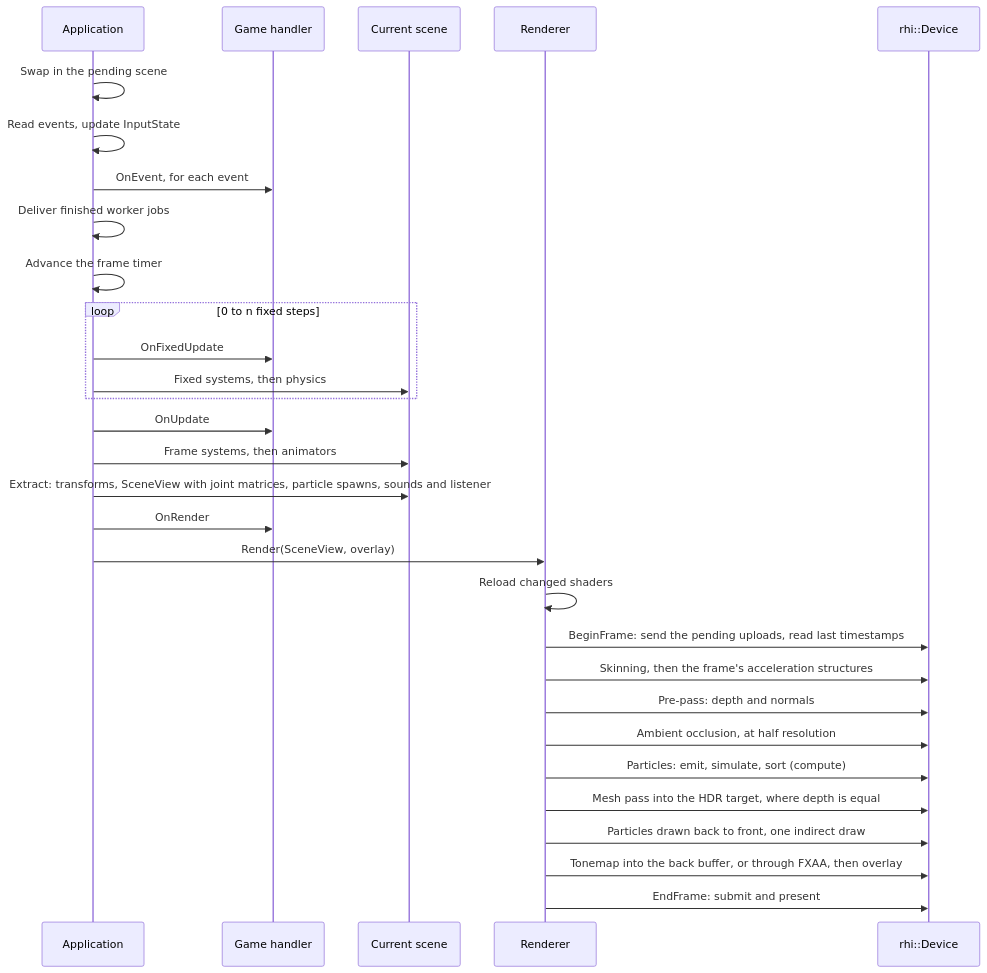
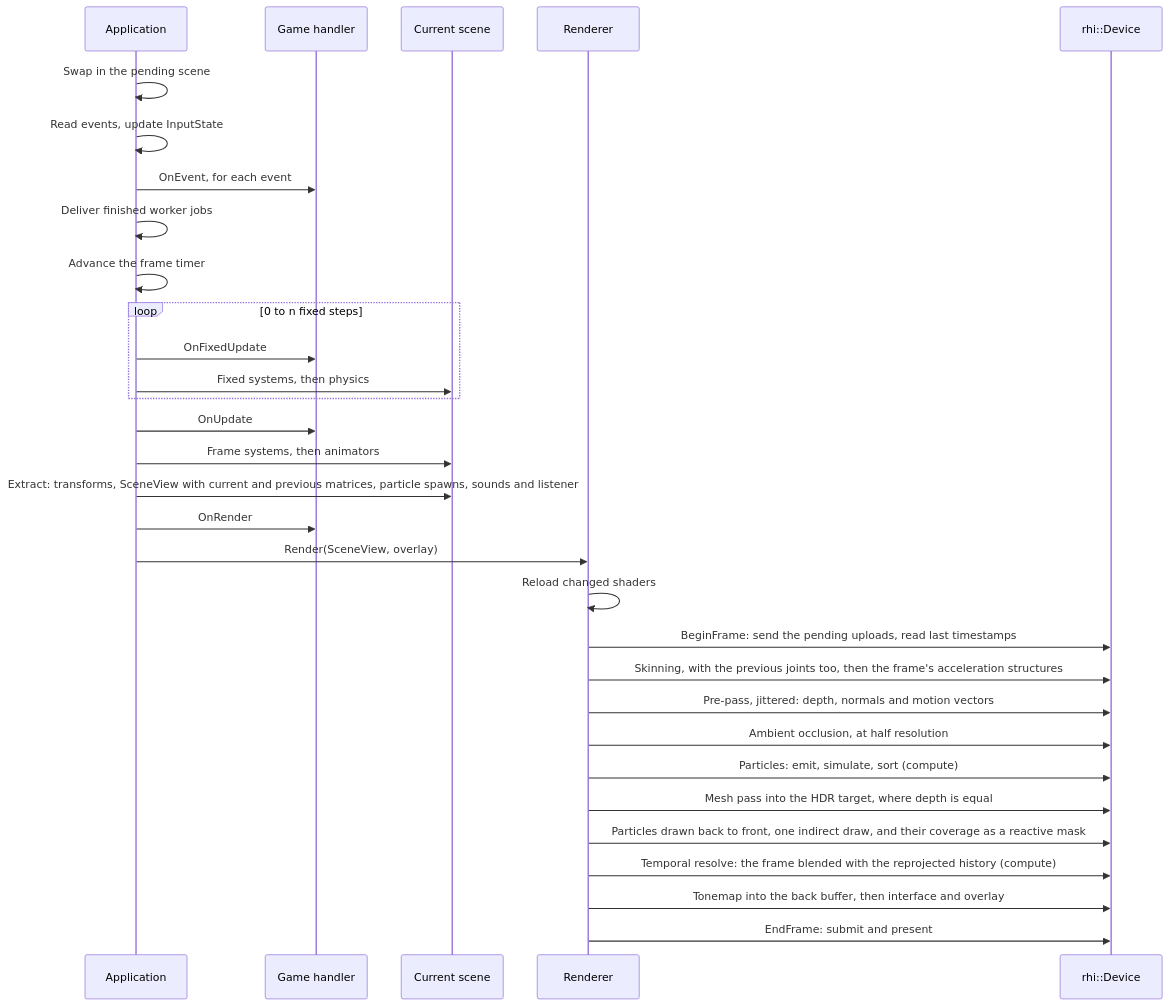
Before and after one commit to SBXdev3D/daidalos-engine-next: the third of 12 diagrams in docs/ARCHITECTURE.md, drawn with Mermaid. The commit also changed other lines of this file and 57 other files, not shown here.

````diff
--- a/docs/ARCHITECTURE.md
+++ b/docs/ARCHITECTURE.md
@@ -67,33 +67,34 @@
 ```mermaid
 sequenceDiagram
     participant A as Application
     participant G as Game handler
     participant S as Current scene
     participant R as Renderer
     participant D as rhi::Device
 
     A->>A: Swap in the pending scene
     A->>A: Read events, update InputState
     A->>G: OnEvent, for each event
     A->>A: Deliver finished worker jobs
     A->>A: Advance the frame timer
     loop 0 to n fixed steps
         A->>G: OnFixedUpdate
         A->>S: Fixed systems, then physics
     end
     A->>G: OnUpdate
     A->>S: Frame systems, then animators
-    A->>S: Extract: transforms, SceneView with joint matrices, particle spawns, sounds and listener
+    A->>S: Extract: transforms, SceneView with current and previous matrices, particle spawns, sounds and listener
     A->>G: OnRender
     A->>R: Render(SceneView, overlay)
     R->>R: Reload changed shaders
     R->>D: BeginFrame: send the pending uploads, read last timestamps
-    R->>D: Skinning, then the frame's acceleration structures
-    R->>D: Pre-pass: depth and normals
+    R->>D: Skinning, with the previous joints too, then the frame's acceleration structures
+    R->>D: Pre-pass, jittered: depth, normals and motion vectors
     R->>D: Ambient occlusion, at half resolution
     R->>D: Particles: emit, simulate, sort (compute)
     R->>D: Mesh pass into the HDR target, where depth is equal
-    R->>D: Particles drawn back to front, one indirect draw
-    R->>D: Tonemap into the back buffer, or through FXAA, then overlay
+    R->>D: Particles drawn back to front, one indirect draw, and their coverage as a reactive mask
+    R->>D: Temporal resolve: the frame blended with the reprojected history (compute)
+    R->>D: Tonemap into the back buffer, then interface and overlay
     R->>D: EndFrame: submit and present
 ```
````
